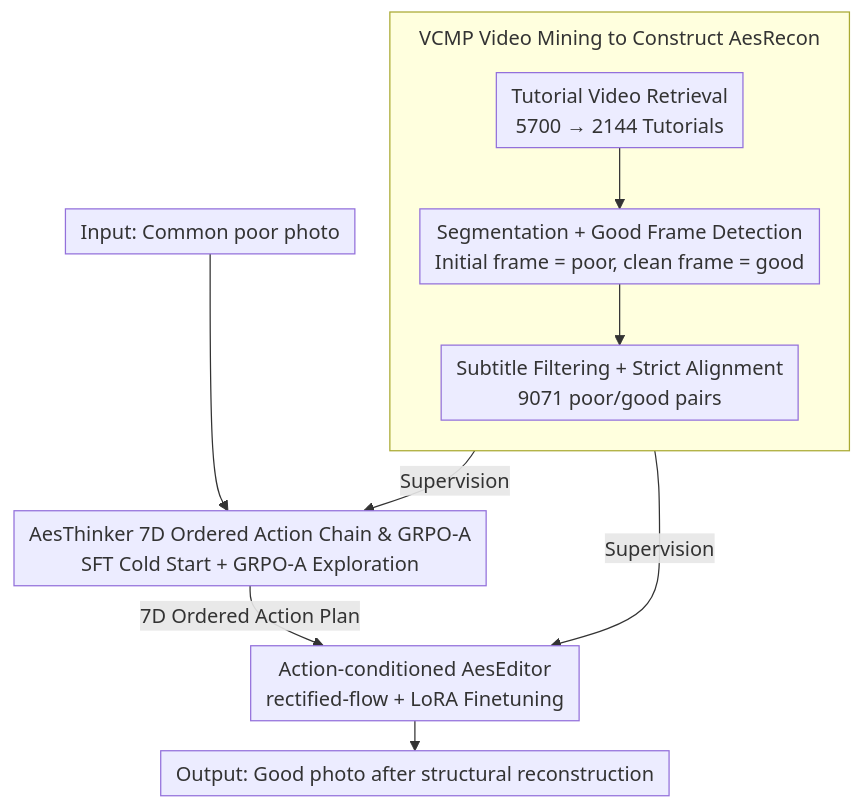
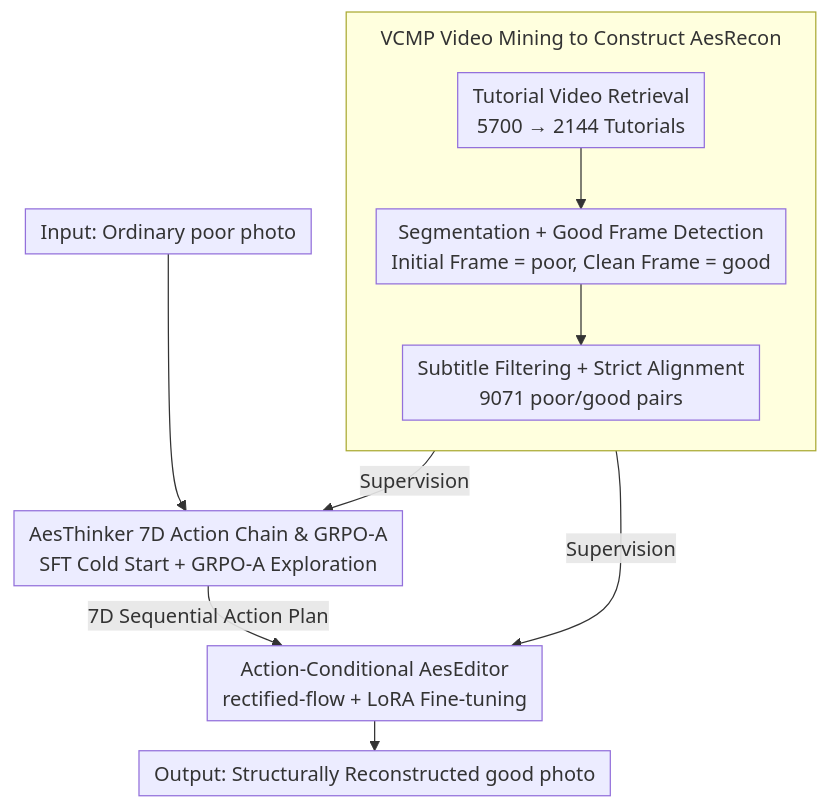
Before and after one commit to zhaoyang97/Paper-Notes-en: the diagram in docs/ICML2026/image_generation/aesformer_transform_everyday_photos_into_beautiful_memories.md, drawn with Mermaid. The commit also changed other lines of this file and 5084 other files, not shown here.

````diff
--- a/docs/ICML2026/image_generation/aesformer_transform_everyday_photos_into_beautiful_memories.md
+++ b/docs/ICML2026/image_generation/aesformer_transform_everyday_photos_into_beautiful_memories.md
@@ -45,14 +45,14 @@
 ```mermaid
 %%{init: {'flowchart': {'rankSpacing': 24, 'nodeSpacing': 28, 'padding': 6, 'wrappingWidth': 400, 'subGraphTitleMargin': {'top': 8, 'bottom': 16}}}}%%
 flowchart TD
     subgraph DATA["VCMP Video Mining to Construct AesRecon"]
         direction TB
-        V["Tutorial Video Retrieval<br/>5700 → 2144 Tutorials"] --> C["Segmentation + Good Frame Detection<br/>Initial frame = poor, clean frame = good"]
+        V["Tutorial Video Retrieval<br/>5700 → 2144 Tutorials"] --> C["Segmentation + Good Frame Detection<br/>Initial Frame = poor, Clean Frame = good"]
         C --> R["Subtitle Filtering + Strict Alignment<br/>9071 poor/good pairs"]
     end
-    P["Input: Common poor photo"] --> T["AesThinker 7D Ordered Action Chain & GRPO-A<br/>SFT Cold Start + GRPO-A Exploration"]
+    P["Input: Ordinary poor photo"] --> T["AesThinker 7D Action Chain & GRPO-A<br/>SFT Cold Start + GRPO-A Exploration"]
     DATA -->|Supervision| T
-    T -->|7D Ordered Action Plan| E["Action-conditioned AesEditor<br/>rectified-flow + LoRA Finetuning"]
+    T -->|7D Sequential Action Plan| E["Action-Conditional AesEditor<br/>rectified-flow + LoRA Fine-tuning"]
     DATA -->|Supervision| E
-    E --> O["Output: Good photo after structural reconstruction"]
+    E --> O["Output: Structurally Reconstructed good photo"]
 ```
````
